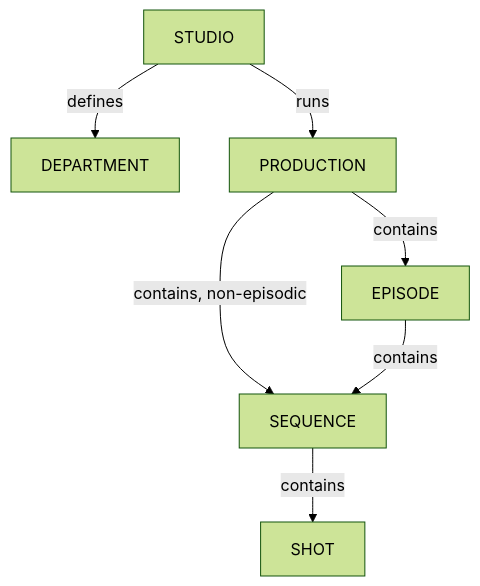
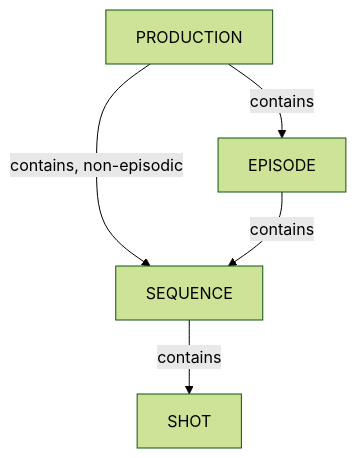
The diagram in docs/guides/production-structure/index.md (cgwire/kitsu), drawn with Mermaid (forest theme) before and after one commit. The commit also changed 39 other files, not shown here.

````diff
--- a/docs/guides/production-structure/index.md
+++ b/docs/guides/production-structure/index.md
@@ -15,10 +15,7 @@
 ```mermaid
 flowchart TD
-    STUDIO -->|defines| DEPARTMENT
-    STUDIO -->|runs| PRODUCTION
-
     PRODUCTION -->|contains| EPISODE
     PRODUCTION -->|contains, non-episodic| SEQUENCE
     EPISODE -->|contains| SEQUENCE
     SEQUENCE -->|contains| SHOT
 ```
````
